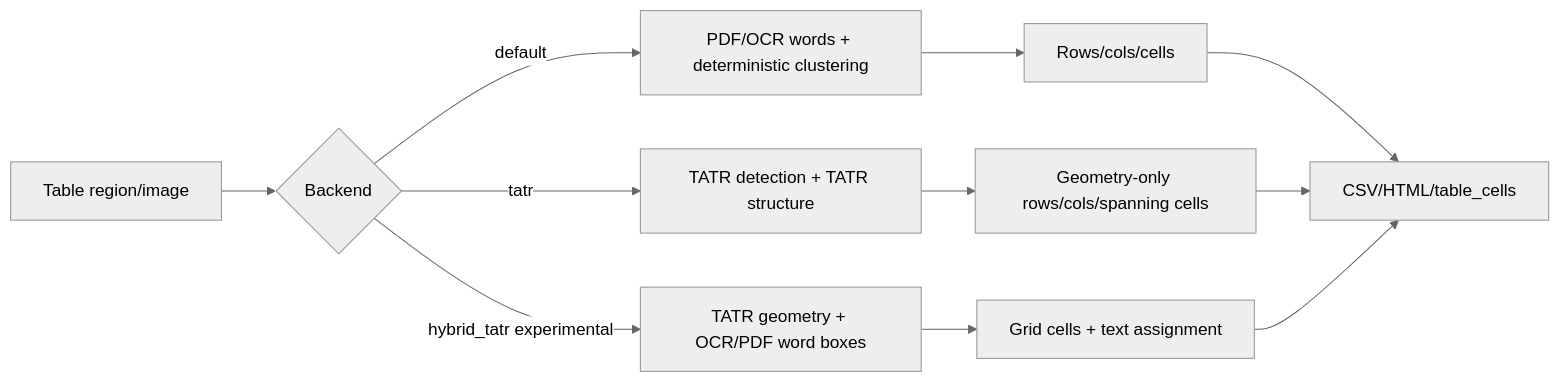
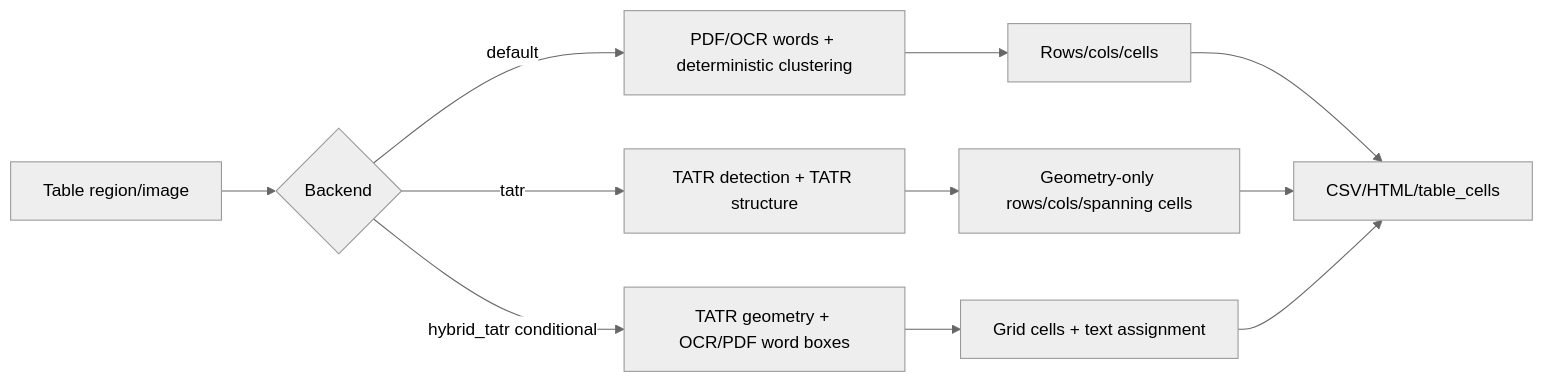
One commit to NguyenKieuOanh-20225899/BOXTALK changed the third of 3 diagrams in docs/ARCHITECTURE_MODELS_BENCHMARK_REPORT_2026-05-14.md. Above: the diagram before and after it, drawn with Mermaid (neutral theme). The commit also changed other lines of this file and 6 other files, not shown here.

Commit message:
feat: enable conditional hybrid TATR in main ingest pipeline

````diff
--- a/docs/ARCHITECTURE_MODELS_BENCHMARK_REPORT_2026-05-14.md
+++ b/docs/ARCHITECTURE_MODELS_BENCHMARK_REPORT_2026-05-14.md
@@ -97,15 +97,15 @@
 ```mermaid
 flowchart LR
     A[Table region/image] --> B{Backend}
     B -->|default| C[PDF/OCR words + deterministic clustering]
     B -->|tatr| D[TATR detection + TATR structure]
-    B -->|hybrid_tatr experimental| E[TATR geometry + OCR/PDF word boxes]
+    B -->|hybrid_tatr conditional| E[TATR geometry + OCR/PDF word boxes]
 
     C --> F[Rows/cols/cells]
     D --> G[Geometry-only rows/cols/spanning cells]
     E --> H[Grid cells + text assignment]
 
     F --> I[CSV/HTML/table_cells]
     G --> I
     H --> I
 ```
````
